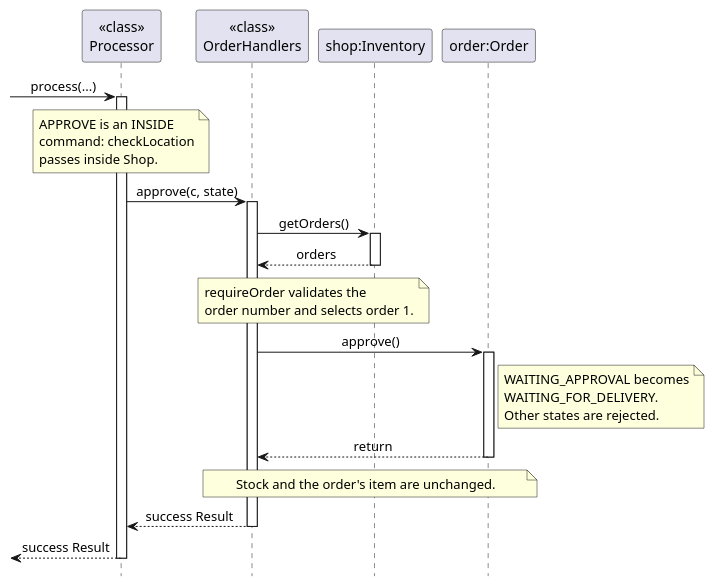
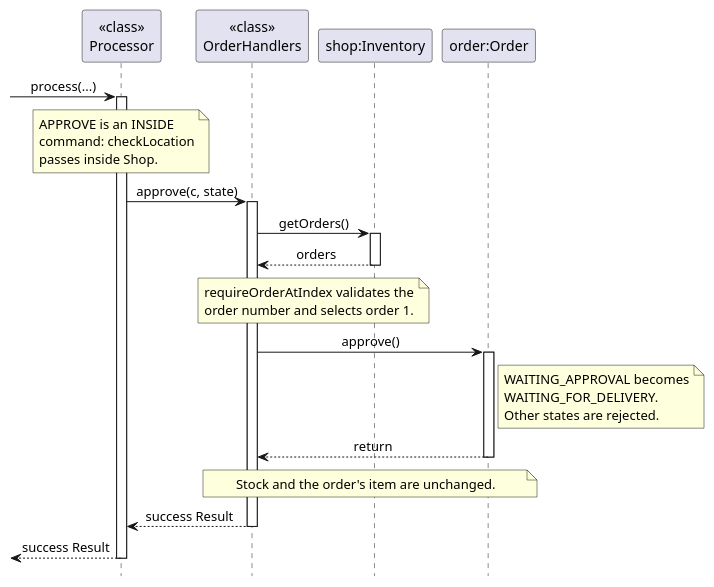
One commit to AY2627S1-CS2113-W14-4/tp changed the diagram in docs/diagrams/OrderApprovalSequence.puml. Above: the diagram before and after it, drawn with PlantUML. The commit also changed 4 other files, not shown here.

```diff
--- a/docs/diagrams/OrderApprovalSequence.puml
+++ b/docs/diagrams/OrderApprovalSequence.puml
@@ -1,44 +1,44 @@
 @startuml
 hide footbox
 skinparam sequenceMessageAlign center
 
 participant "<<class>>\nProcessor" as Processor
 participant "<<class>>\nOrderHandlers" as Handlers
 participant "shop:Inventory" as Inventory
 participant "order:Order" as Order
 
 [-> Processor : process(...)
 activate Processor
 note over Processor
     APPROVE is an INSIDE
     command: checkLocation
     passes inside Shop.
 end note
 Processor -> Handlers : approve(c, state)
 activate Handlers
 Handlers -> Inventory : getOrders()
 activate Inventory
 Inventory --> Handlers : orders
 deactivate Inventory
 note over Handlers, Inventory
-    requireOrder validates the
+    requireOrderAtIndex validates the
     order number and selects order 1.
 end note
 
 Handlers -> Order : approve()
 activate Order
 note right of Order
     WAITING_APPROVAL becomes
     WAITING_FOR_DELIVERY.
     Other states are rejected.
 end note
 Order --> Handlers : return
 deactivate Order
 note over Handlers, Order
     Stock and the order's item are unchanged.
 end note
 Handlers --> Processor : success Result
 deactivate Handlers
 [<-- Processor : success Result
 deactivate Processor
 @enduml
```
